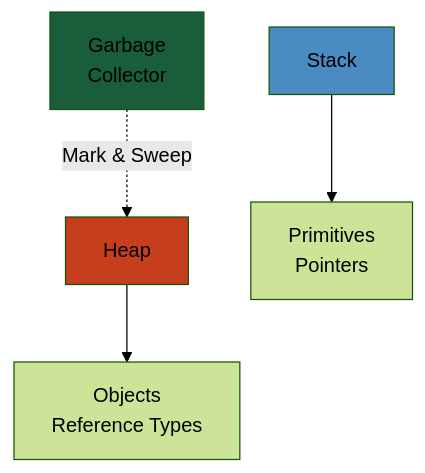
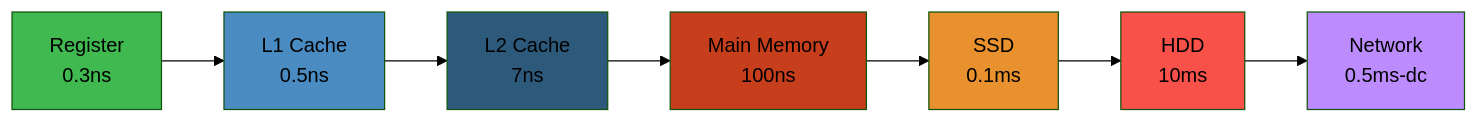
The first of 2 diagrams in data/cheat-sheets/latency-numbers.md (premchandkpc/md-courses), drawn with Mermaid (forest theme) before and after one commit. The commit also changed other lines of this file and 235 other files, not shown here.

````diff
--- a/data/cheat-sheets/latency-numbers.md
+++ b/data/cheat-sheets/latency-numbers.md
@@ -7,9 +6,18 @@
 ```mermaid
-graph TB
-    A["Heap"] --> B["Objects<br/>Reference Types"]
-    C["Stack"] --> D["Primitives<br/>Pointers"]
-    E["Garbage<br/>Collector"] -.->|Mark & Sweep| A
-    style A fill:#c73e1d
-    style C fill:#4a8bc2
-    style E fill:#1a5d3a
+graph LR
+    REG["Register<br/>0.3ns"] --> L1["L1 Cache<br/>0.5ns"]
+    L1 --> L2["L2 Cache<br/>7ns"]
+    L2 --> RAM["Main Memory<br/>100ns"]
+    RAM --> SSD["SSD<br/>0.1ms"]
+    SSD --> HDD["HDD<br/>10ms"]
+    HDD --> NET["Network<br/>0.5ms-dc"]
+    
+    style REG fill:#3fb950
+    style L1 fill:#4a8bc2
+    style L2 fill:#2d5a7b
+    style RAM fill:#c73e1d
+    style SSD fill:#e8912e
+    style HDD fill:#f85149
+    style NET fill:#bc8cff
+
 ```
````
